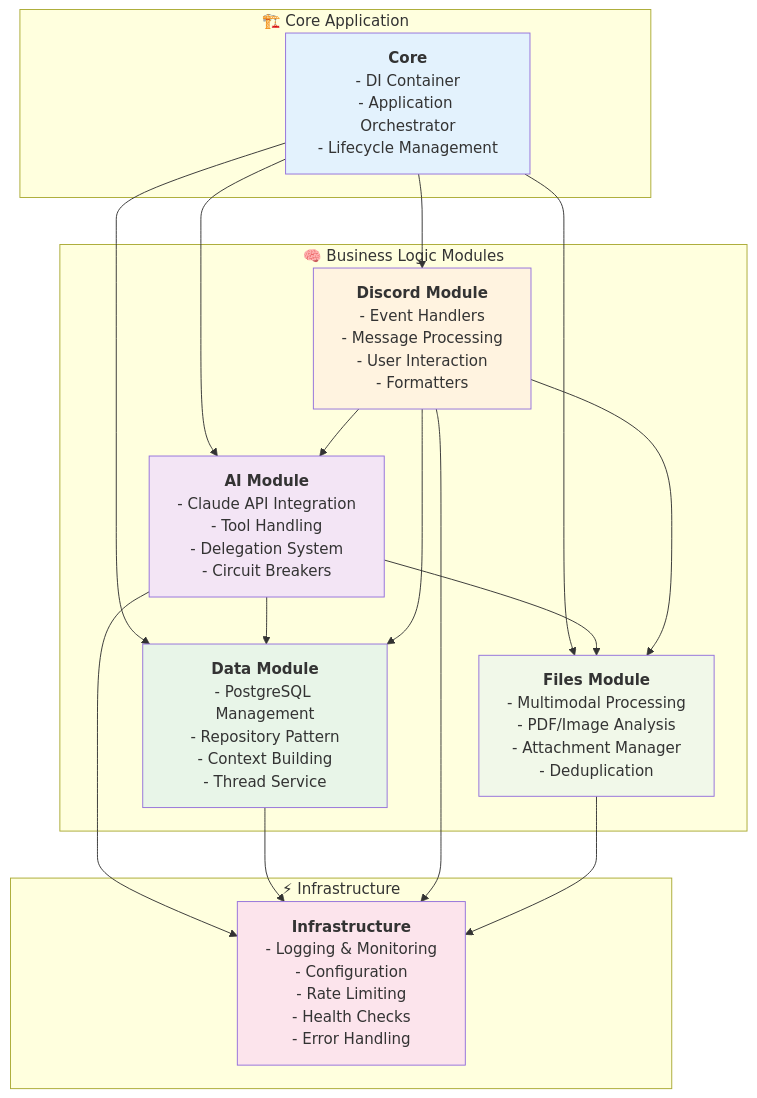
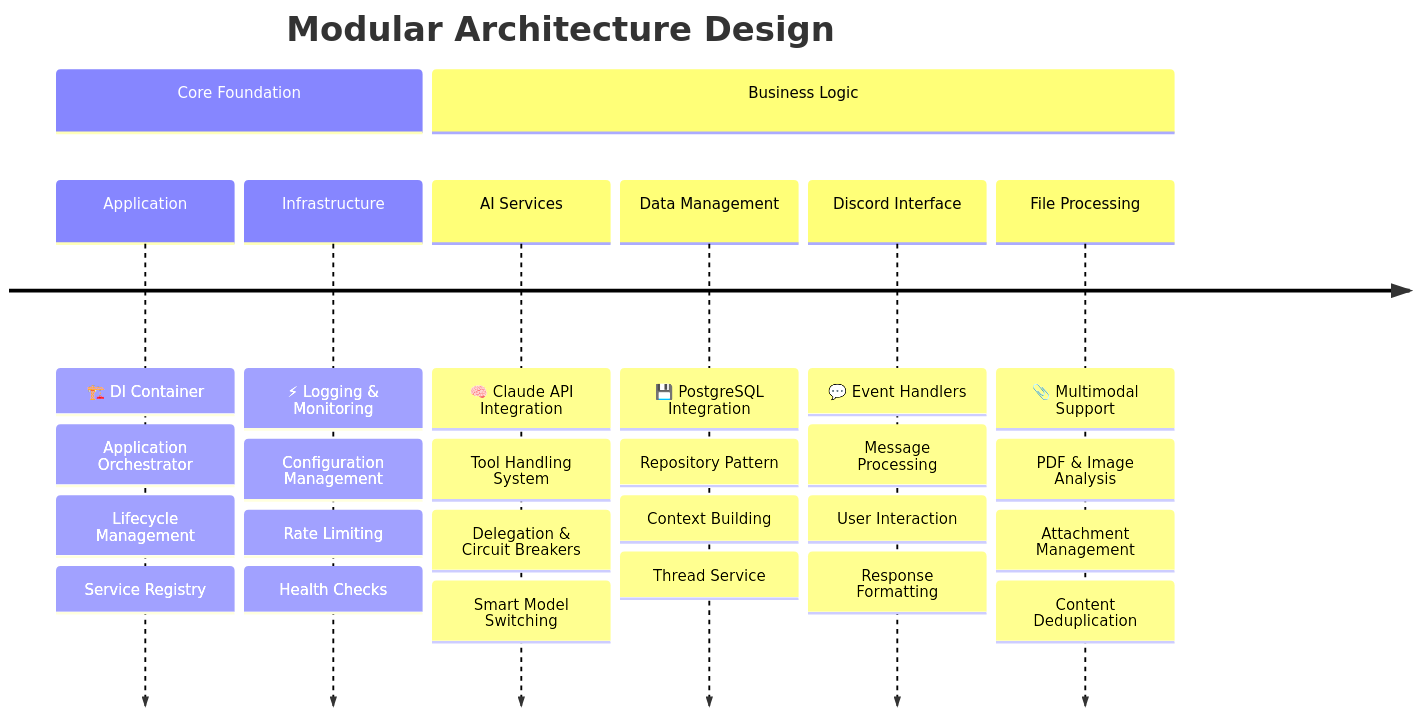
The first of 13 diagrams in README.md (Surebob/discord-claude), drawn with Mermaid before and after one commit. The commit also changed other lines of this file, not shown here.

Commit message:
Revise README.md to improve modular architecture representation and clarify prerequisites for the Discord-Claude bot. Update mermaid diagrams to enhance visual structure, streamline sections on core components, business logic, and requirements, and incorporate emoji for better readability.

````diff
--- a/README.md
+++ b/README.md
@@ -12,67 +12,36 @@
 ```mermaid
-graph TB
-    subgraph "🏗️ Core Application"
-        Core["`**Core**
-        - DI Container
-        - Application Orchestrator
-        - Lifecycle Management`"]
-    end
+timeline
+    title Modular Architecture Design
     
-    subgraph "🧠 Business Logic Modules"
-        AI["`**AI Module**
-        - Claude API Integration
-        - Tool Handling
-        - Delegation System
-        - Circuit Breakers`"]
+    section Core Foundation
+        Application : 🏗️ DI Container
+                    : Application Orchestrator
+                    : Lifecycle Management
+                    : Service Registry
         
-        Data["`**Data Module**
-        - PostgreSQL Management
-        - Repository Pattern
-        - Context Building
-        - Thread Service`"]
+        Infrastructure : ⚡ Logging & Monitoring
+                       : Configuration Management
+                       : Rate Limiting
+                       : Health Checks
+    
+    section Business Logic
+        AI Services : 🧠 Claude API Integration
+                    : Tool Handling System
+                    : Delegation & Circuit Breakers
+                    : Smart Model Switching
         
-        Discord["`**Discord Module**
-        - Event Handlers
-        - Message Processing
-        - User Interaction
-        - Formatters`"]
+        Data Management : 💾 PostgreSQL Integration
+                        : Repository Pattern
+                        : Context Building
+                        : Thread Service
         
-        Files["`**Files Module**
-        - Multimodal Processing
-        - PDF/Image Analysis
-        - Attachment Manager
-        - Deduplication`"]
-    end
-    
-    subgraph "⚡ Infrastructure"
-        Infra["`**Infrastructure**
-        - Logging & Monitoring
-        - Configuration
-        - Rate Limiting
-        - Health Checks
-        - Error Handling`"]
-    end
-    
-    Core --> AI
-    Core --> Data
-    Core --> Discord
-    Core --> Files
-    
-    AI --> Data
-    AI --> Files
-    Discord --> AI
-    Discord --> Files
-    Discord --> Data
-    
-    AI --> Infra
-    Data --> Infra
-    Discord --> Infra
-    Files --> Infra
-    
-    style Core fill:#e3f2fd
-    style AI fill:#f3e5f5
-    style Data fill:#e8f5e8
-    style Discord fill:#fff3e0
-    style Files fill:#f1f8e9
-    style Infra fill:#fce4ec
+        Discord Interface : 💬 Event Handlers
+                          : Message Processing
+                          : User Interaction
+                          : Response Formatting
+        
+        File Processing : 📎 Multimodal Support
+                        : PDF & Image Analysis
+                        : Attachment Management
+                        : Content Deduplication
 ```
````
